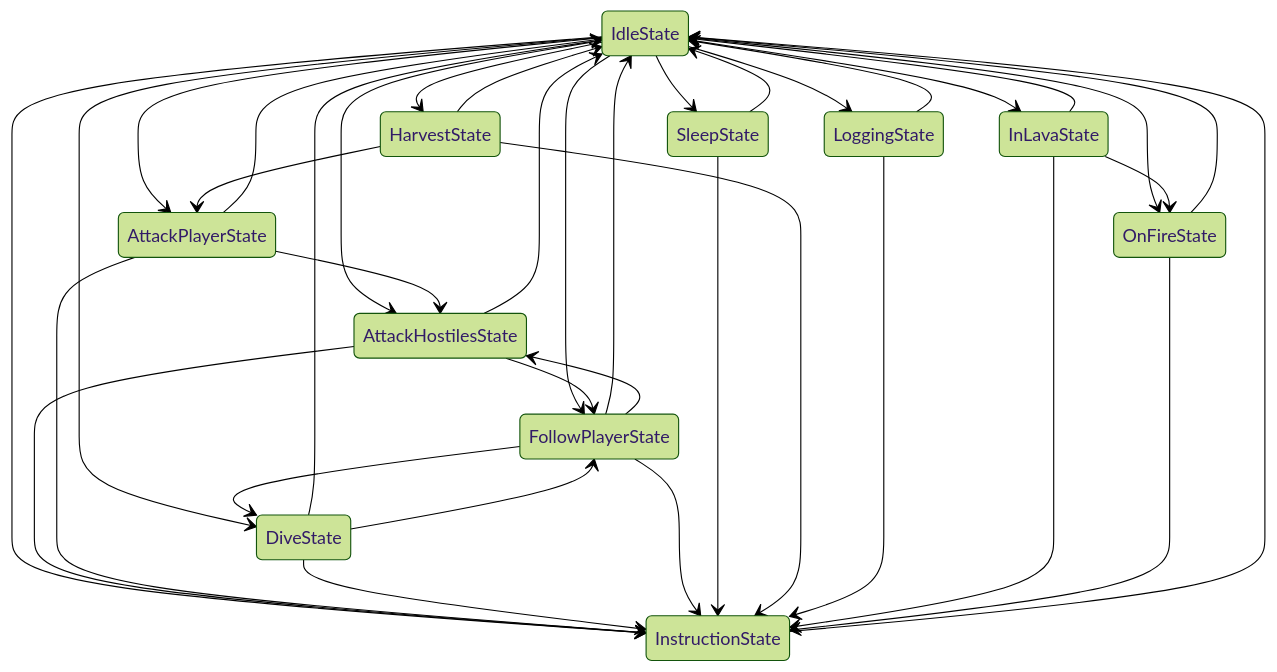
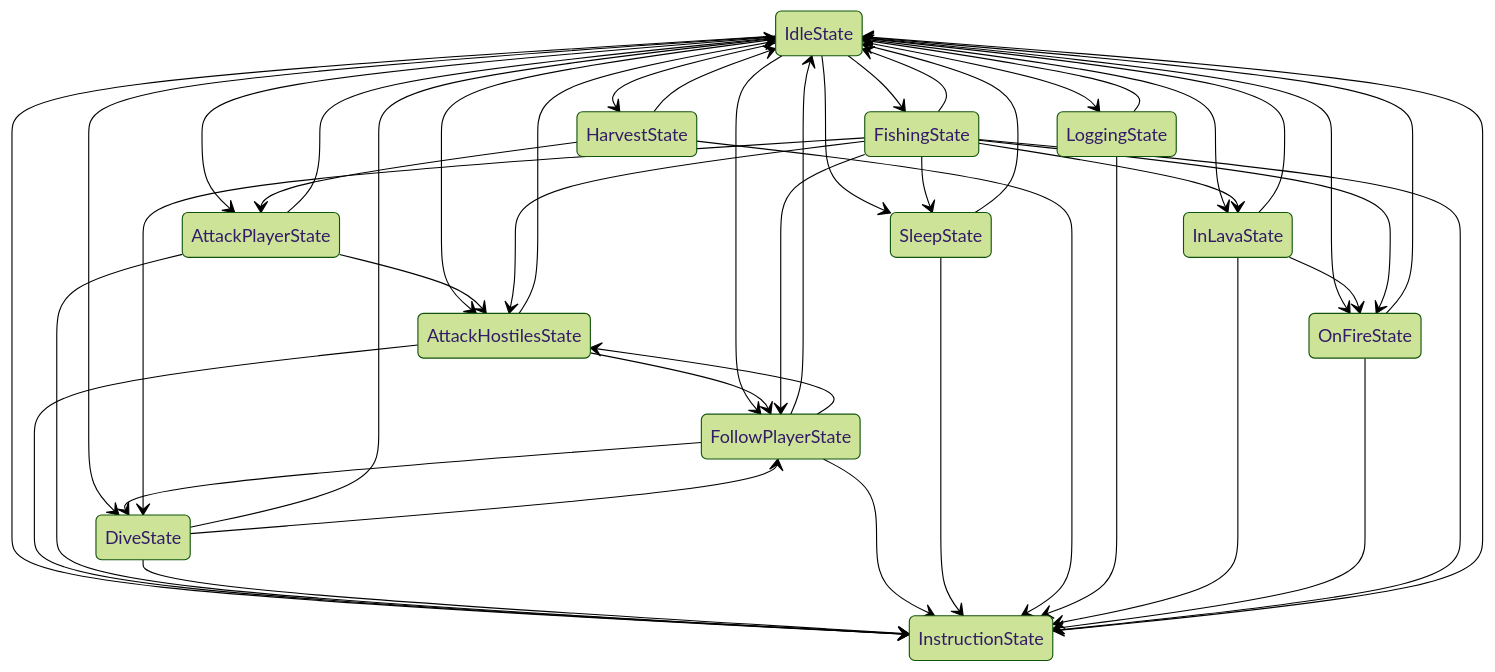
One commit to AkagawaTsurunaki/KonekoMinecraftBot changed the diagram in README.md. Above: the diagram before and after it, drawn with Mermaid (forest theme). The commit also changed other lines of this file and 1 other file, not shown here.

Commit message:
feat: Update README.md and add doc decorator

````diff
--- a/README.md
+++ b/README.md
@@ -125,40 +125,50 @@
 ```mermaid
 stateDiagram
     IdleState --> AttackHostilesState
     IdleState --> AttackPlayerState
     IdleState --> DiveState
     IdleState --> FollowPlayerState
     IdleState --> SleepState
     IdleState --> HarvestState
     IdleState --> LoggingState
     IdleState --> InLavaState
     IdleState --> OnFireState
     IdleState --> InstructionState
+    IdleState --> FishingState
     AttackHostilesState --> IdleState
     AttackHostilesState --> FollowPlayerState
     AttackHostilesState --> InstructionState
     AttackPlayerState --> IdleState
     AttackPlayerState --> AttackHostilesState
     AttackPlayerState --> InstructionState
     DiveState --> IdleState
     DiveState --> FollowPlayerState
     DiveState --> InstructionState
     FollowPlayerState --> IdleState
     FollowPlayerState --> DiveState
     FollowPlayerState --> AttackHostilesState
     FollowPlayerState --> InstructionState
     SleepState --> IdleState
     SleepState --> InstructionState
     HarvestState --> IdleState
     HarvestState --> AttackPlayerState
     HarvestState --> InstructionState
     LoggingState --> IdleState
     LoggingState --> InstructionState
     InLavaState --> IdleState
     InLavaState --> OnFireState
     InLavaState --> InstructionState
     OnFireState --> IdleState
     OnFireState --> InstructionState
     InstructionState --> IdleState
+    FishingState --> IdleState
+    FishingState --> AttackHostilesState
+    FishingState --> DiveState
+    FishingState --> FollowPlayerState
+    FishingState --> SleepState
+    FishingState --> InLavaState
+    FishingState --> OnFireState
+    FishingState --> InstructionState
+
 
 ```
````
